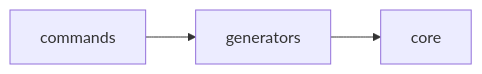
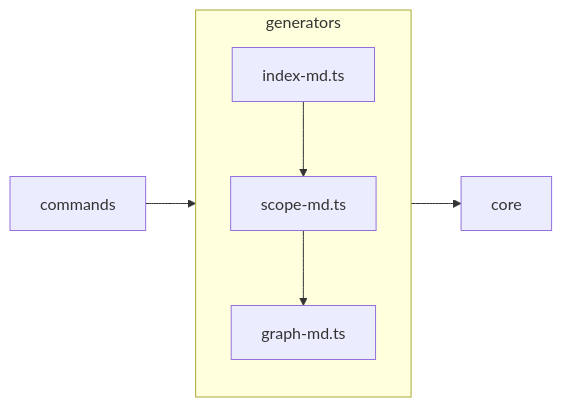
One commit to benrben/MPGA changed the diagram in mpga-plugin/cli/MPGA/scopes/generators.md. Above: the diagram before and after it, drawn with Mermaid. The commit also changed other lines of this file and 16 other files, not shown here.

````diff
--- a/mpga-plugin/cli/MPGA/scopes/generators.md
+++ b/mpga-plugin/cli/MPGA/scopes/generators.md
@@ -72,5 +121,12 @@
 ```mermaid
 graph LR
     generators --> core
     commands --> generators
+    subgraph generators
+        scope_md["scope-md.ts"]
+        graph_md["graph-md.ts"]
+        index_md["index-md.ts"]
+        index_md --> scope_md
+        scope_md --> graph_md
+    end
 ```
````
